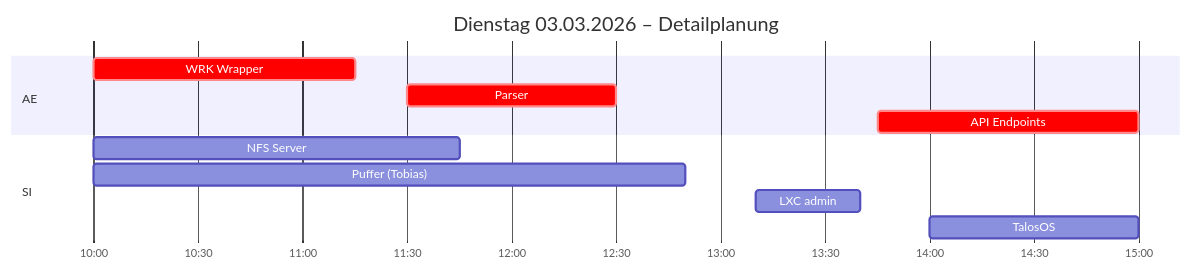
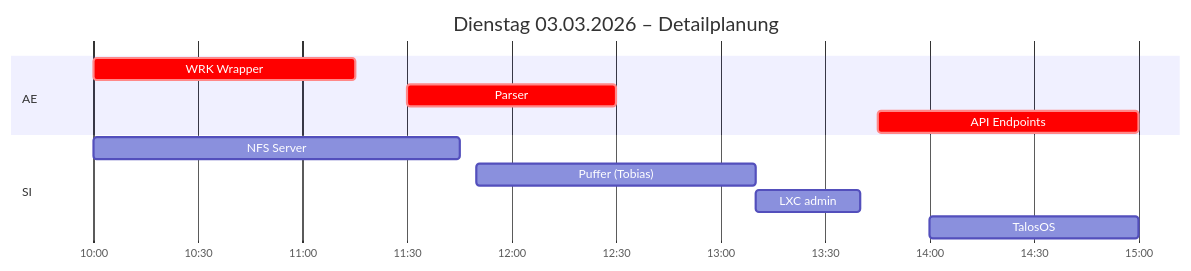
Before and after one commit to thivu2000/LF12-wrk-monitor: the third of 5 diagrams in Pflichtenheft.md, drawn with Mermaid. The commit also changed other lines of this file, not shown here.

First line of the commit message:
Revise team members, add UML diagram and tech stack

````diff
--- a/Pflichtenheft.md
+++ b/Pflichtenheft.md
@@ -187,18 +230,18 @@
 ```mermaid
 gantt
     title Dienstag 03.03.2026 – Detailplanung
     dateFormat  YYYY-MM-DD HH:mm
     axisFormat  %H:%M
     todayMarker off
 
     section AE
     WRK Wrapper        :crit, 2026-03-03 10:00, 75m
     Parser             :crit, 2026-03-03 11:30, 60m
     API Endpoints      :crit, 2026-03-03 13:45, 75m
 
     section SI
     NFS Server         :2026-03-03 10:00, 105m
-    Puffer (Tobias)    :2026-03-03 10:00, 170m 
+    Puffer (Tobias)    :2026-03-03 11:50, 80m 
     LXC admin          :2026-03-03 13:10, 30m
     TalosOS            :2026-03-03 14:00, 60m
 ```
````
